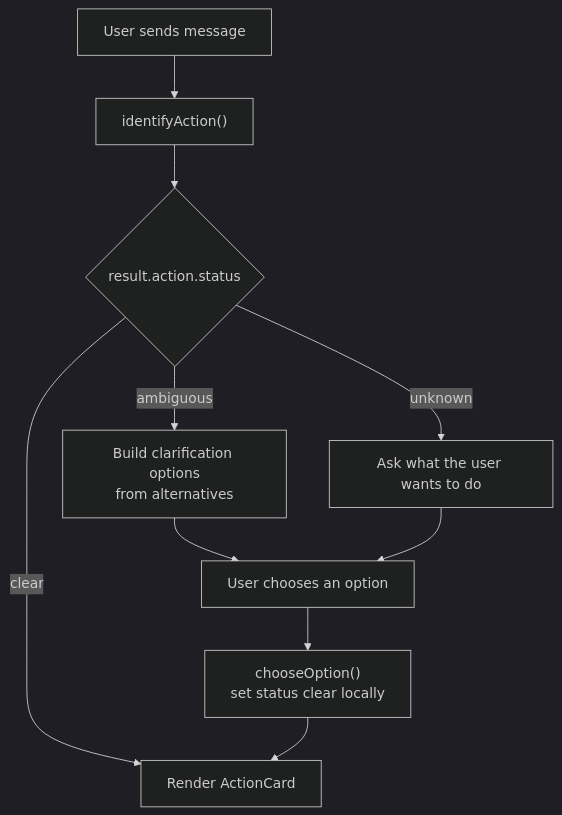
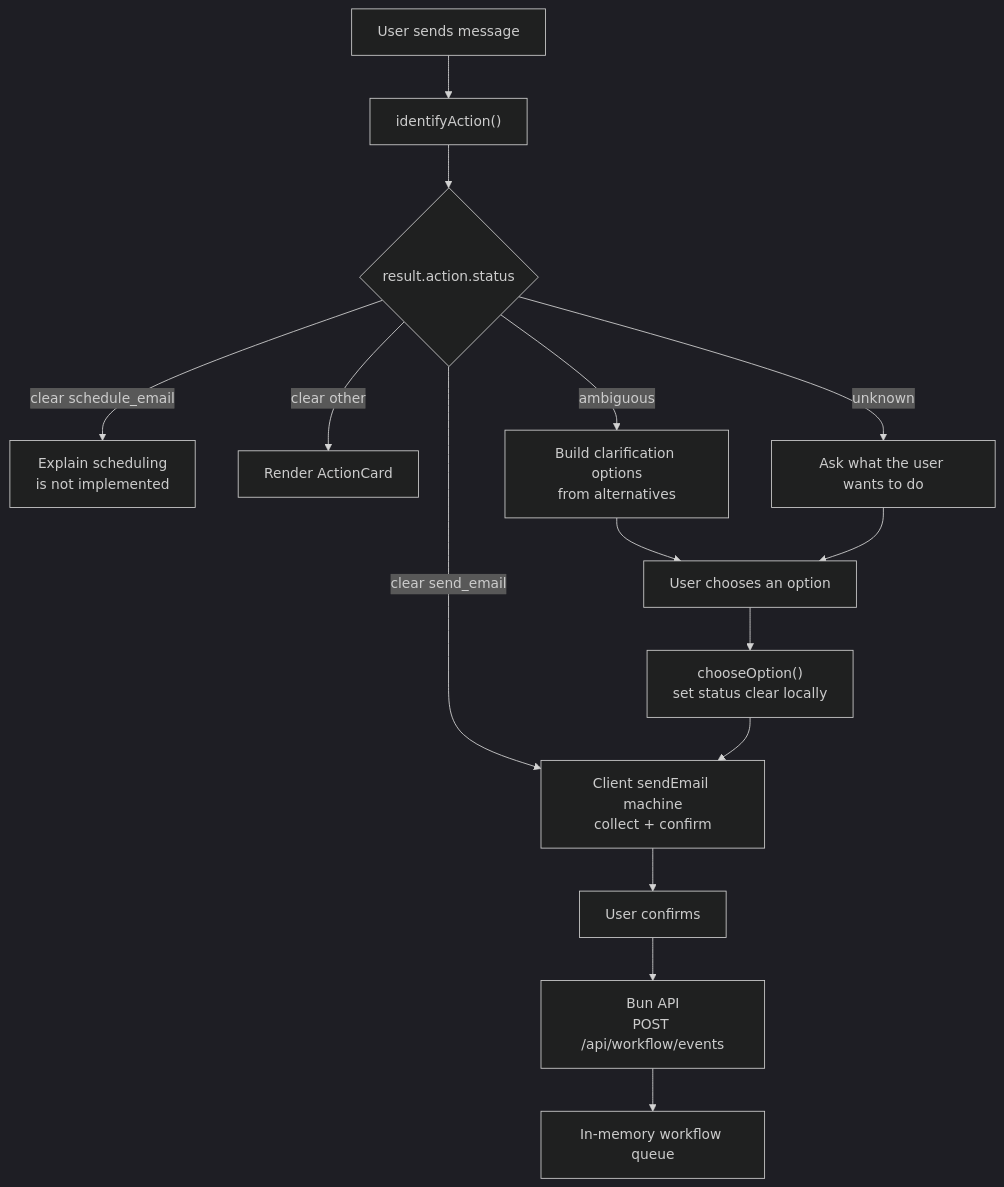
The fourth of 5 diagrams in docs/ACTION_ENGINE_DIAGRAM.md (ranjitd-sys/Workflow), drawn with Mermaid (dark theme) before and after one commit. The commit also changed other lines of this file and 48 other files, not shown here.

````diff
--- a/docs/ACTION_ENGINE_DIAGRAM.md
+++ b/docs/ACTION_ENGINE_DIAGRAM.md
@@ -143,14 +157,19 @@
 ```mermaid
 flowchart TD
   Send["User sends message"] --> Identify["identifyAction()"]
   Identify --> Status{"result.action.status"}
 
-  Status -->|clear| ActionCard["Render ActionCard"]
+  Status -->|clear send_email| Machine["Client sendEmail machine<br/>collect + confirm"]
+  Status -->|clear schedule_email| Unsupported["Explain scheduling<br/>is not implemented"]
+  Status -->|clear other| ActionCard["Render ActionCard"]
   Status -->|ambiguous| AskOptions["Build clarification options<br/>from alternatives"]
   Status -->|unknown| AskAction["Ask what the user wants to do"]
 
   AskOptions --> Choose["User chooses an option"]
   AskAction --> Choose
   Choose --> LocalResolve["chooseOption()<br/>set status clear locally"]
-  LocalResolve --> ActionCard
+  LocalResolve --> Machine
+  Machine --> Confirm["User confirms"]
+  Confirm --> Enqueue["Bun API<br/>POST /api/workflow/events"]
+  Enqueue --> Queue["In-memory workflow queue"]
 ```
````
